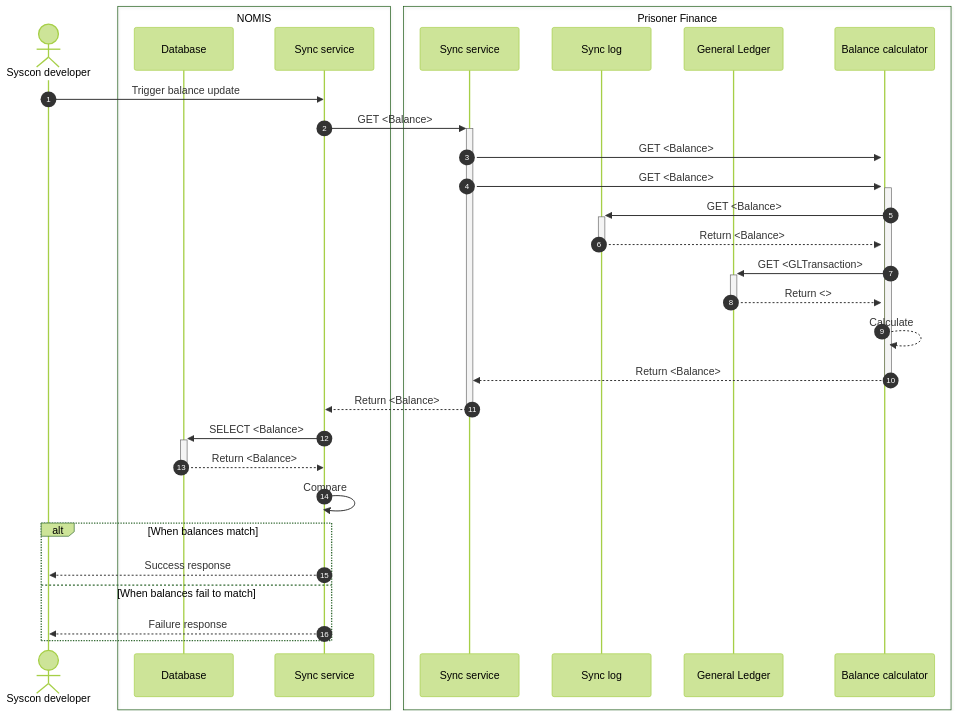
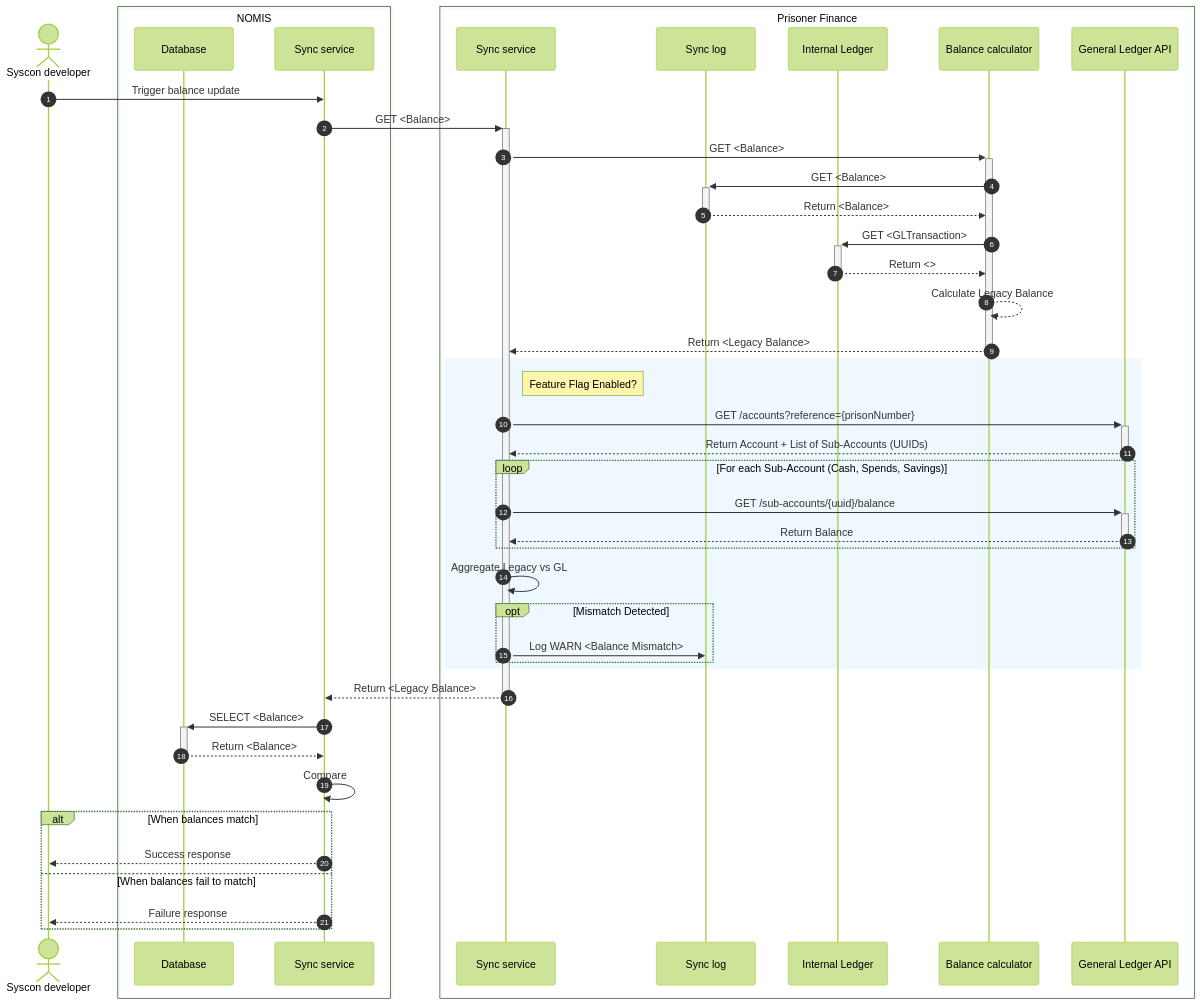
Before and after one commit to ministryofjustice/hmpps-prisoner-finance-sync-api: the second of 6 diagrams in docs/architecture/docs/sync-processes.md, drawn with Mermaid (forest theme). The commit also changed other lines of this file, not shown here.

Commit message:
Balance reconciliation sequence diagram (#95)
* Update sequence diagram for balance reconciliation

````diff
--- a/docs/architecture/docs/sync-processes.md
+++ b/docs/architecture/docs/sync-processes.md
@@ -42,36 +58,59 @@
 ```mermaid
 sequenceDiagram
     actor SYSCON as Syscon developer
     box NOMIS
         participant NOMIS.DB as Database
         participant NOMIS.sync as Sync service
     end
     box Prisoner Finance
         participant PF.sync as Sync service
         participant PF.log as Sync log
-        participant PF.ledger as General Ledger
+        participant PF.ledger as Internal Ledger
         participant PF.calculator as Balance calculator
+        participant PF.newGL as General Ledger API
     end
 
     autonumber
 
     SYSCON ->> NOMIS.sync: Trigger balance update
     NOMIS.sync ->>+ PF.sync: GET <Balance>
-    PF.sync ->>+ PF.calculator: GET <Balance>
+
+%% LEGACY FLOW
     PF.sync ->>+ PF.calculator: GET <Balance>
     PF.calculator ->>+ PF.log: GET <Balance>
     PF.log -->>- PF.calculator: Return <Balance>
     PF.calculator ->>+ PF.ledger: GET <GLTransaction>
     PF.ledger -->>- PF.calculator: Return <>
-    PF.calculator -->> PF.calculator: Calculate
-    PF.calculator -->>- PF.sync: Return <Balance>
-    PF.sync -->>- NOMIS.sync: Return <Balance>
+    PF.calculator -->> PF.calculator: Calculate Legacy Balance
+    PF.calculator -->>- PF.sync: Return <Legacy Balance>
+
+%% NEW GL VERIFICATION FLOW
+    rect rgb(240, 248, 255)
+        note right of PF.sync: Feature Flag Enabled?
+
+        PF.sync ->>+ PF.newGL: GET /accounts?reference={prisonNumber}
+        PF.newGL -->>- PF.sync: Return Account + List of Sub-Accounts (UUIDs)
+
+        loop For each Sub-Account (Cash, Spends, Savings)
+            PF.sync ->>+ PF.newGL: GET /sub-accounts/{uuid}/balance
+            PF.newGL -->>- PF.sync: Return Balance
+        end
+
+        PF.sync ->> PF.sync: Aggregate Legacy vs GL
+        opt Mismatch Detected
+            PF.sync ->> PF.log: Log WARN <Balance Mismatch>
+        end
+    end
+
+    PF.sync -->>- NOMIS.sync: Return <Legacy Balance>
+
+%% NOMIS VERIFICATION
     NOMIS.sync ->>+ NOMIS.DB: SELECT <Balance>
     NOMIS.DB -->>- NOMIS.sync: Return <Balance>
     NOMIS.sync ->> NOMIS.sync: Compare
     alt When balances match
         NOMIS.sync -->> SYSCON: Success response
     else When balances fail to match
         NOMIS.sync -->> SYSCON: Failure response
     end
 ```
````
